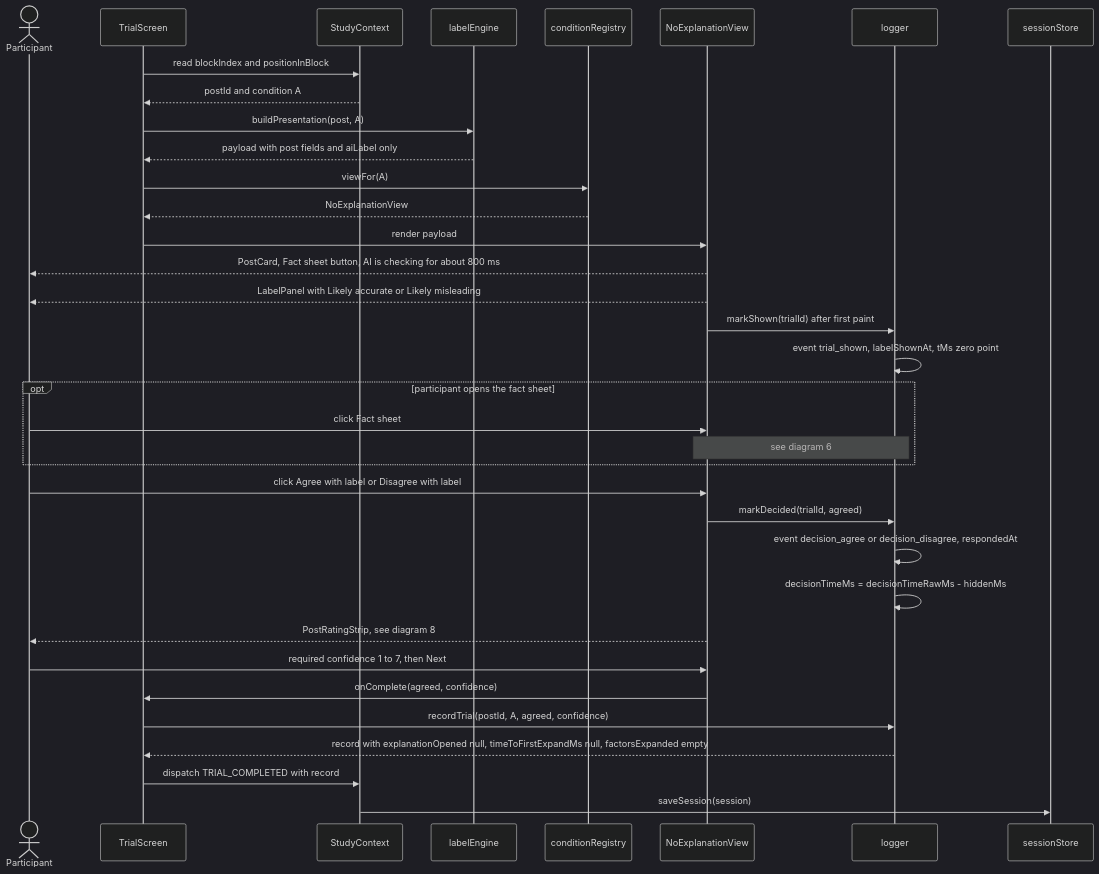
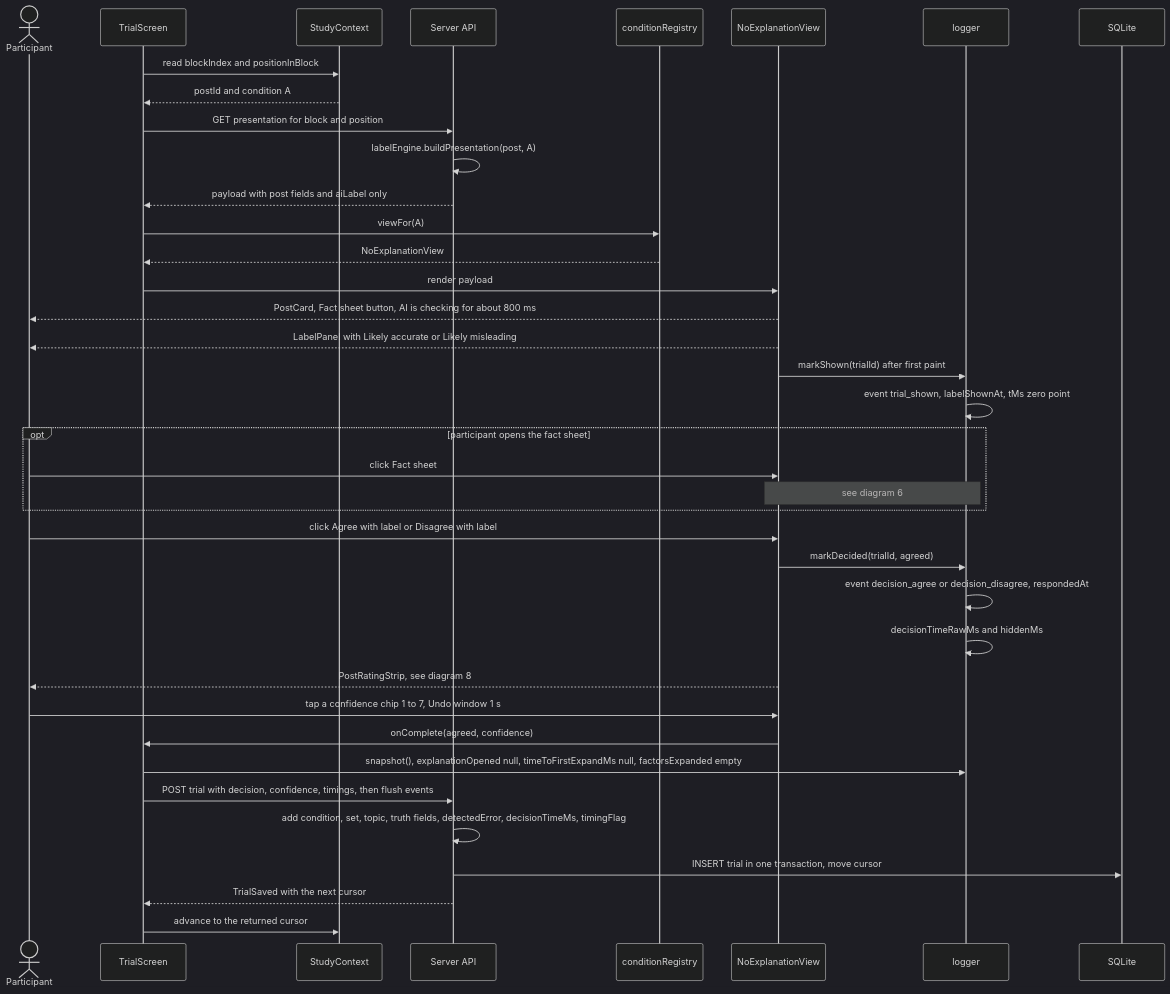
Before and after one commit to bibekgupta3333/HCI: the second of 12 diagrams in docs/sequence-diagrams.md, drawn with Mermaid (dark theme). The commit also changed other lines of this file and 87 other files, not shown here.

````diff
--- a/docs/sequence-diagrams.md
+++ b/docs/sequence-diagrams.md
@@ -89,38 +103,41 @@
 ```mermaid
 sequenceDiagram
     actor P as Participant
     participant Trial as TrialScreen
     participant SC as StudyContext
-    participant LE as labelEngine
+    participant API as Server API
     participant Reg as conditionRegistry
     participant View as NoExplanationView
     participant Log as logger
-    participant SS as sessionStore
+    participant DB as SQLite
 
     Trial->>SC: read blockIndex and positionInBlock
     SC-->>Trial: postId and condition A
-    Trial->>LE: buildPresentation(post, A)
-    LE-->>Trial: payload with post fields and aiLabel only
+    Trial->>API: GET presentation for block and position
+    API->>API: labelEngine.buildPresentation(post, A)
+    API-->>Trial: payload with post fields and aiLabel only
     Trial->>Reg: viewFor(A)
     Reg-->>Trial: NoExplanationView
     Trial->>View: render payload
     View-->>P: PostCard, Fact sheet button, AI is checking for about 800 ms
     View-->>P: LabelPanel with Likely accurate or Likely misleading
     View->>Log: markShown(trialId) after first paint
     Log->>Log: event trial_shown, labelShownAt, tMs zero point
     opt participant opens the fact sheet
         P->>View: click Fact sheet
         Note over View,Log: see diagram 6
     end
     P->>View: click Agree with label or Disagree with label
     View->>Log: markDecided(trialId, agreed)
     Log->>Log: event decision_agree or decision_disagree, respondedAt
-    Log->>Log: decisionTimeMs = decisionTimeRawMs - hiddenMs
+    Log->>Log: decisionTimeRawMs and hiddenMs
     View-->>P: PostRatingStrip, see diagram 8
-    P->>View: required confidence 1 to 7, then Next
+    P->>View: tap a confidence chip 1 to 7, Undo window 1 s
     View->>Trial: onComplete(agreed, confidence)
-    Trial->>Log: recordTrial(postId, A, agreed, confidence)
-    Log-->>Trial: record with explanationOpened null, timeToFirstExpandMs null, factorsExpanded empty
-    Trial->>SC: dispatch TRIAL_COMPLETED with record
-    SC->>SS: saveSession(session)
+    Trial->>Log: snapshot(), explanationOpened null, timeToFirstExpandMs null, factorsExpanded empty
+    Trial->>API: POST trial with decision, confidence, timings, then flush events
+    API->>API: add condition, set, topic, truth fields, detectedError, decisionTimeMs, timingFlag
+    API->>DB: INSERT trial in one transaction, move cursor
+    API-->>Trial: TrialSaved with the next cursor
+    Trial->>SC: advance to the returned cursor
 ```
````
